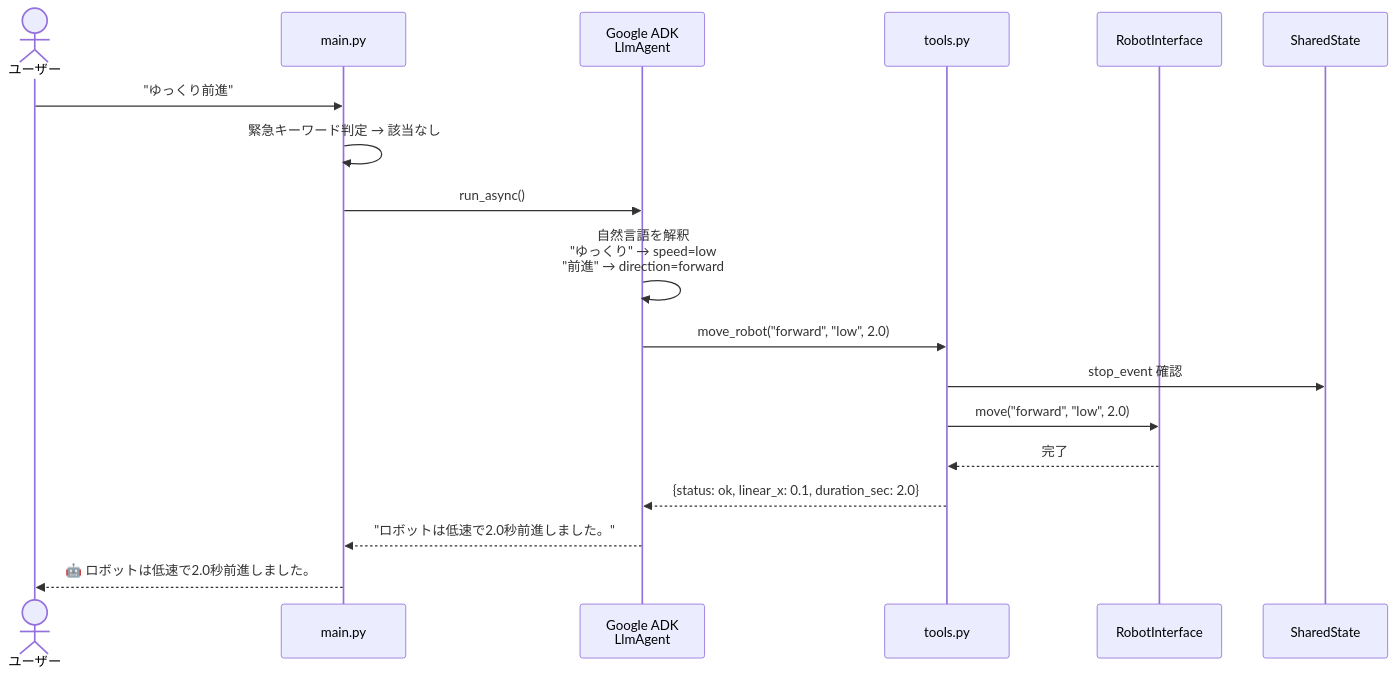
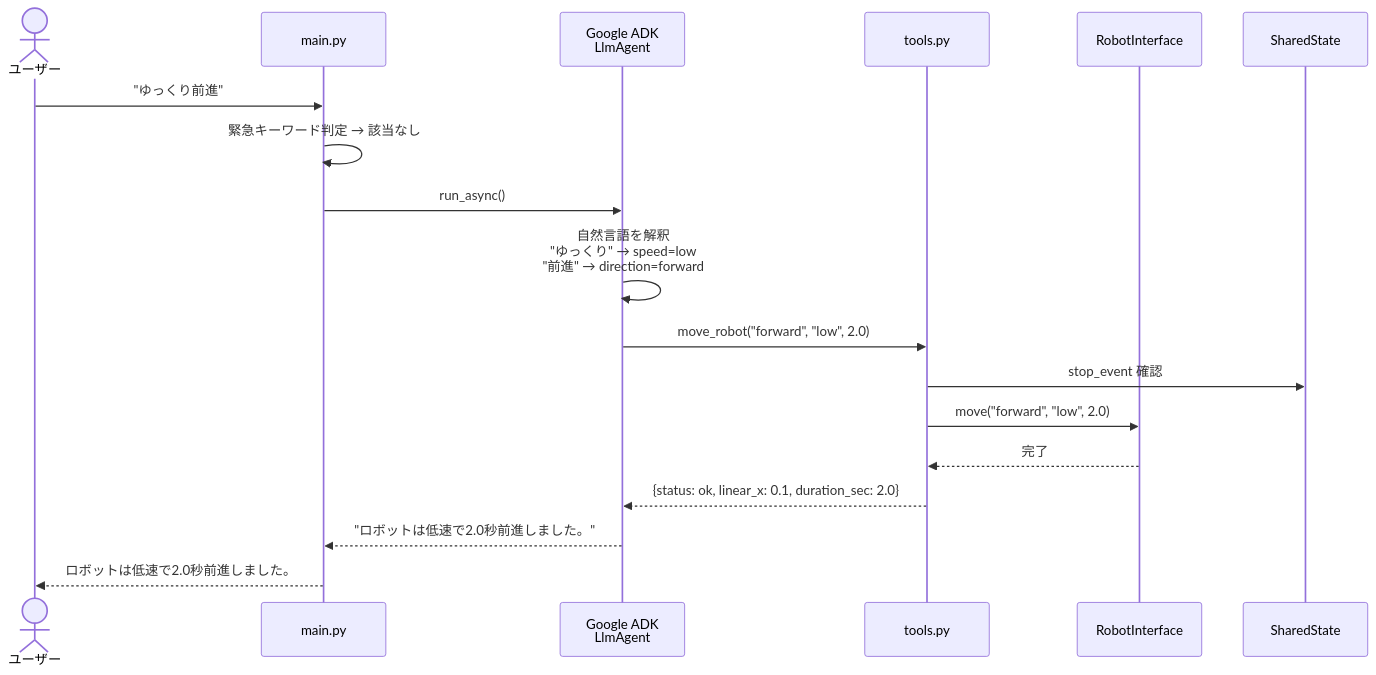
The second of 5 diagrams in README.md (sato-susumu/susumu_agent), drawn with Mermaid before and after one commit. The commit also changed other lines of this file and 46 other files, not shown here.

````diff
--- a/README.md
+++ b/README.md
@@ -47,21 +52,21 @@
 ```mermaid
 sequenceDiagram
     actor User as ユーザー
     participant Main as main.py
     participant ADK as Google ADK<br/>LlmAgent
     participant Tools as tools.py
     participant Robot as RobotInterface
     participant State as SharedState
 
     User->>Main: "ゆっくり前進"
     Main->>Main: 緊急キーワード判定 → 該当なし
     Main->>ADK: run_async()
     ADK->>ADK: 自然言語を解釈<br/>"ゆっくり" → speed=low<br/>"前進" → direction=forward
     ADK->>Tools: move_robot("forward", "low", 2.0)
     Tools->>State: stop_event 確認
     Tools->>Robot: move("forward", "low", 2.0)
     Robot-->>Tools: 完了
     Tools-->>ADK: {status: ok, linear_x: 0.1, duration_sec: 2.0}
     ADK-->>Main: "ロボットは低速で2.0秒前進しました。"
-    Main-->>User: 🤖 ロボットは低速で2.0秒前進しました。
+    Main-->>User: ロボットは低速で2.0秒前進しました。
 ```
````
